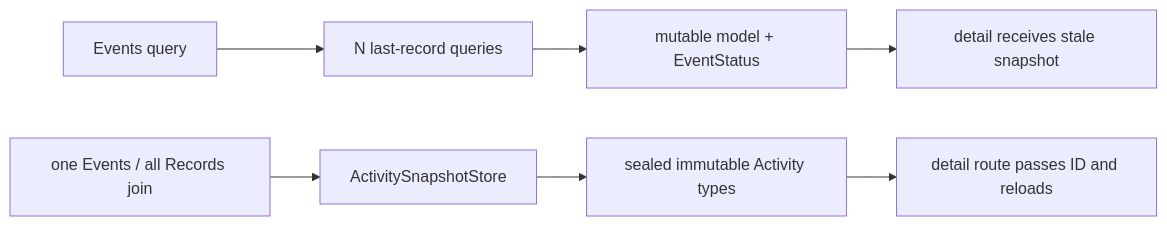
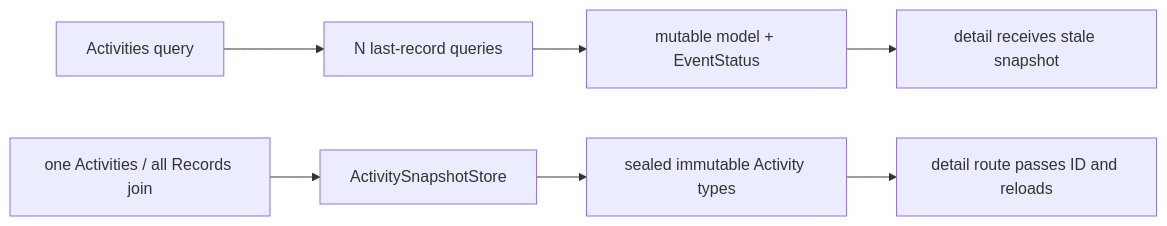
Before and after one commit to Guoyuer/eventTracker: the fourth of 6 diagrams in docs/architecture/module-flow.md, drawn with Mermaid. The commit also changed other lines of this file and 17 other files, not shown here.

Commit message:
Complete Activity UI terminology and chart theming

````diff
--- a/docs/architecture/module-flow.md
+++ b/docs/architecture/module-flow.md
@@ -139,10 +139,10 @@
 ```mermaid
 flowchart LR
-  Before["Events query"] --> N1["N last-record queries"]
+  Before["Activities query"] --> N1["N last-record queries"]
   N1 --> Mutable["mutable model + EventStatus"]
   Mutable --> Stale["detail receives stale snapshot"]
 
-  After["one Events / all Records join"] --> Snapshot["ActivitySnapshotStore"]
+  After["one Activities / all Records join"] --> Snapshot["ActivitySnapshotStore"]
   Snapshot --> Sealed["sealed immutable Activity types"]
   Sealed --> Route["detail route passes ID and reloads"]
 ```
````
